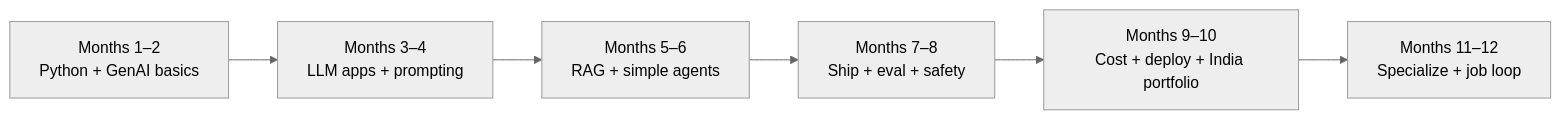
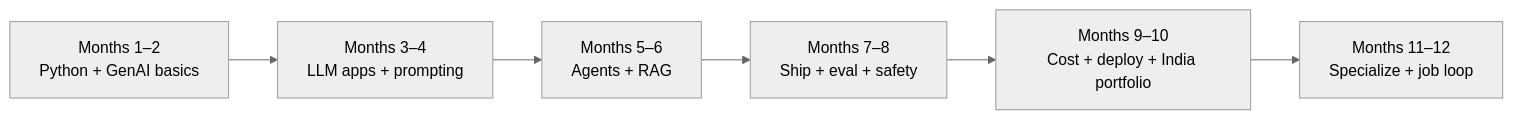
The diagram in Career/India-AI-Career-Learning-Plan.md (rcrahul43/GenAI-Masterclass), drawn with Mermaid (neutral theme) before and after one commit. The commit also changed other lines of this file and 108 other files, not shown here.

````diff
--- a/Career/India-AI-Career-Learning-Plan.md
+++ b/Career/India-AI-Career-Learning-Plan.md
@@ -72,8 +72,8 @@
 ```mermaid
 flowchart LR
     M1[Months 1–2<br/>Python + GenAI basics] --> M2[Months 3–4<br/>LLM apps + prompting]
-    M2 --> M3[Months 5–6<br/>RAG + simple agents]
+    M2 --> M3[Months 5–6<br/>Agents + RAG]
     M3 --> M4[Months 7–8<br/>Ship + eval + safety]
     M4 --> M5[Months 9–10<br/>Cost + deploy + India portfolio]
     M5 --> M6[Months 11–12<br/>Specialize + job loop]
 ```
````
